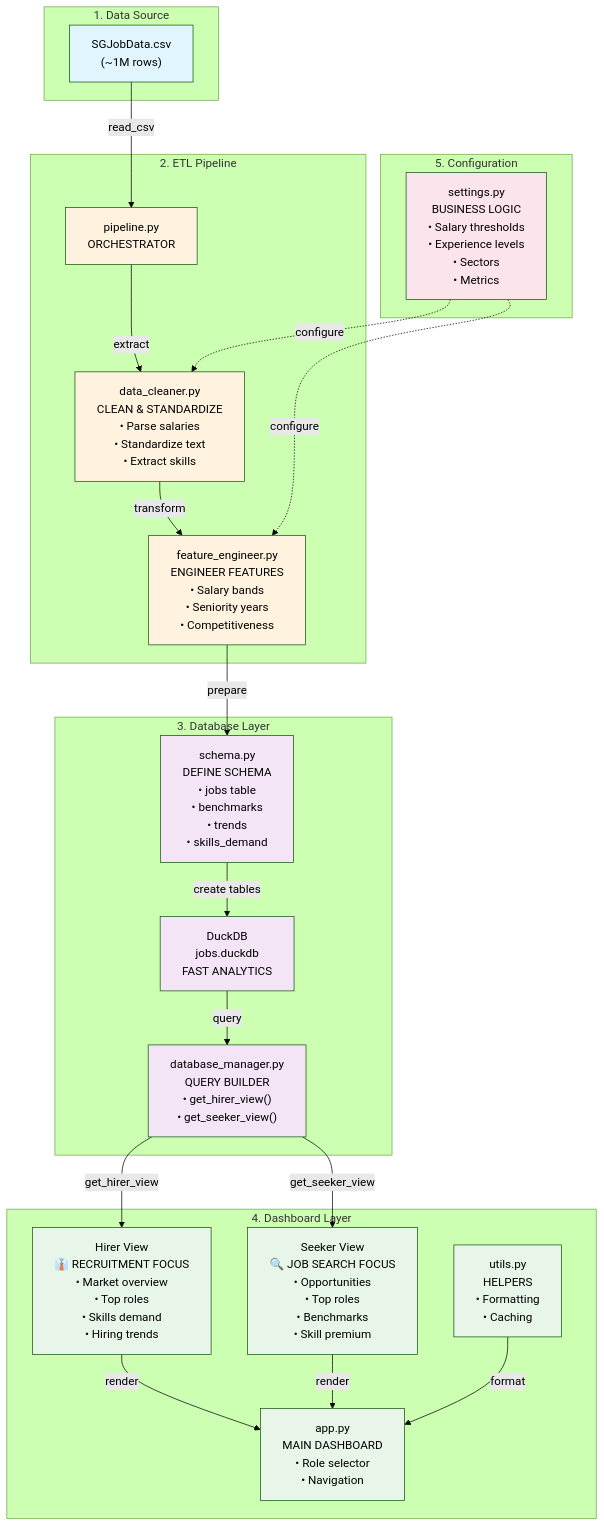
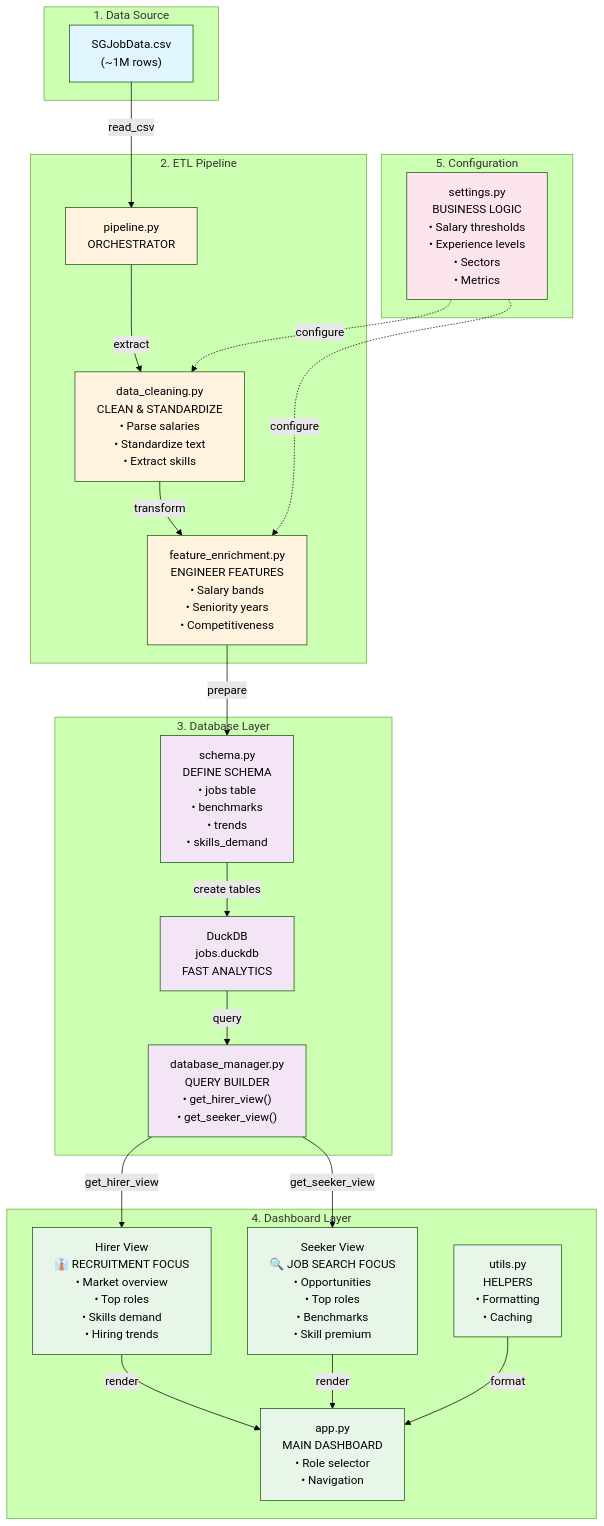
Before and after one commit to bomberblue/job-analytics-dashboard: the diagram in ARCHITECTURE.md, drawn with Mermaid (forest theme). The commit also changed other lines of this file and 8 other files, not shown here.

````diff
--- a/ARCHITECTURE.md
+++ b/ARCHITECTURE.md
@@ -1,56 +1,56 @@
 ```mermaid
 graph TB
     subgraph "1. Data Source"
         CSV["SGJobData.csv<br/>(~1M rows)"]
     end
 
     subgraph "2. ETL Pipeline"
         PIPE["pipeline.py<br/>ORCHESTRATOR"]
-        CLEAN["data_cleaner.py<br/>CLEAN & STANDARDIZE<br/>• Parse salaries<br/>• Standardize text<br/>• Extract skills"]
-        FEAT["feature_engineer.py<br/>ENGINEER FEATURES<br/>• Salary bands<br/>• Seniority years<br/>• Competitiveness"]
+        CLEAN["data_cleaning.py<br/>CLEAN & STANDARDIZE<br/>• Parse salaries<br/>• Standardize text<br/>• Extract skills"]
+        FEAT["feature_enrichment.py<br/>ENGINEER FEATURES<br/>• Salary bands<br/>• Seniority years<br/>• Competitiveness"]
     end
 
     subgraph "3. Database Layer"
         SCHEMA["schema.py<br/>DEFINE SCHEMA<br/>• jobs table<br/>• benchmarks<br/>• trends<br/>• skills_demand"]
         DB["DuckDB<br/>jobs.duckdb<br/>FAST ANALYTICS"]
         DBMGR["database_manager.py<br/>QUERY BUILDER<br/>• get_hirer_view()<br/>• get_seeker_view()"]
     end
 
     subgraph "4. Dashboard Layer"
         APP["app.py<br/>MAIN DASHBOARD<br/>• Role selector<br/>• Navigation"]
         HIRER["Hirer View<br/>👔 RECRUITMENT FOCUS<br/>• Market overview<br/>• Top roles<br/>• Skills demand<br/>• Hiring trends"]
         SEEKER["Seeker View<br/>🔍 JOB SEARCH FOCUS<br/>• Opportunities<br/>• Top roles<br/>• Benchmarks<br/>• Skill premium"]
         UTILS["utils.py<br/>HELPERS<br/>• Formatting<br/>• Caching"]
     end
 
     subgraph "5. Configuration"
         CONFIG["settings.py<br/>BUSINESS LOGIC<br/>• Salary thresholds<br/>• Experience levels<br/>• Sectors<br/>• Metrics"]
     end
 
     CSV -->|read_csv| PIPE
     PIPE -->|extract| CLEAN
     CLEAN -->|transform| FEAT
     FEAT -->|prepare| SCHEMA
     SCHEMA -->|create tables| DB
     DB -->|query| DBMGR
     DBMGR -->|get_hirer_view| HIRER
     DBMGR -->|get_seeker_view| SEEKER
     CONFIG -.->|configure| CLEAN
     CONFIG -.->|configure| FEAT
     HIRER -->|render| APP
     SEEKER -->|render| APP
     UTILS -->|format| APP
 
     style CSV fill:#e1f5ff
     style PIPE fill:#fff3e0
     style CLEAN fill:#fff3e0
     style FEAT fill:#fff3e0
     style SCHEMA fill:#f3e5f5
     style DB fill:#f3e5f5
     style DBMGR fill:#f3e5f5
     style APP fill:#e8f5e9
     style HIRER fill:#e8f5e9
     style SEEKER fill:#e8f5e9
     style UTILS fill:#e8f5e9
     style CONFIG fill:#fce4ec
 ```
````
